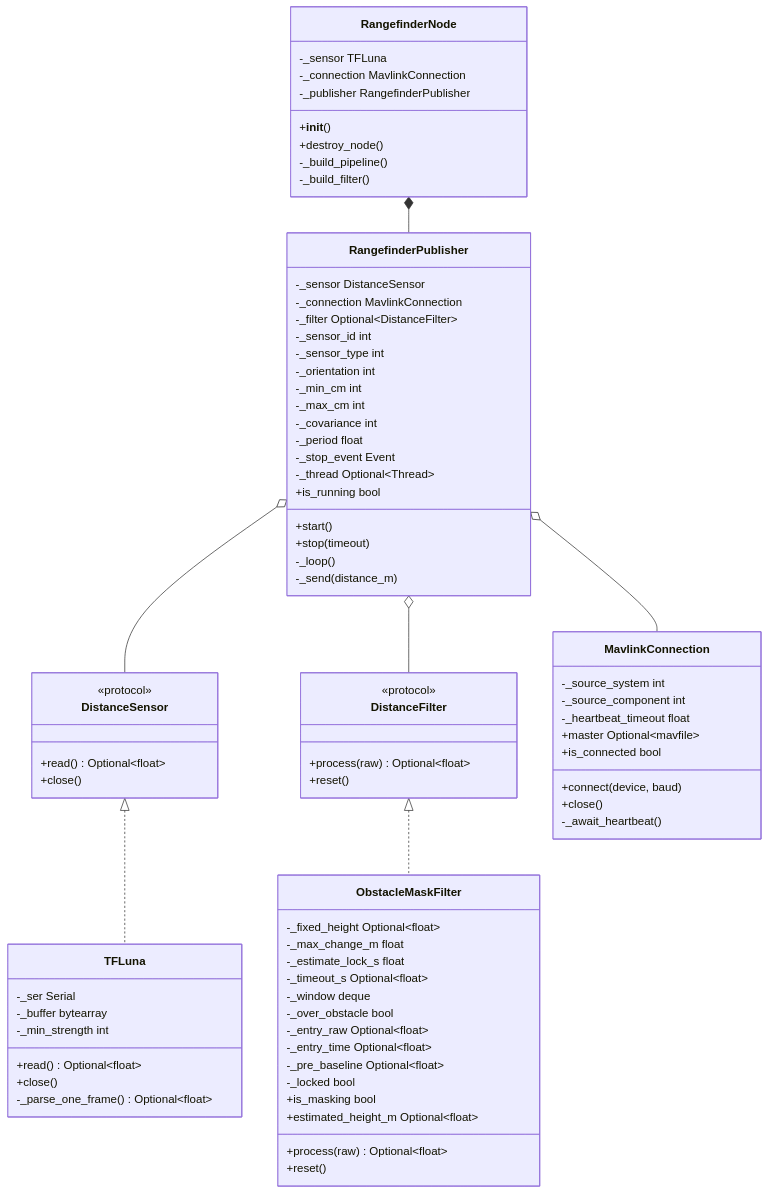
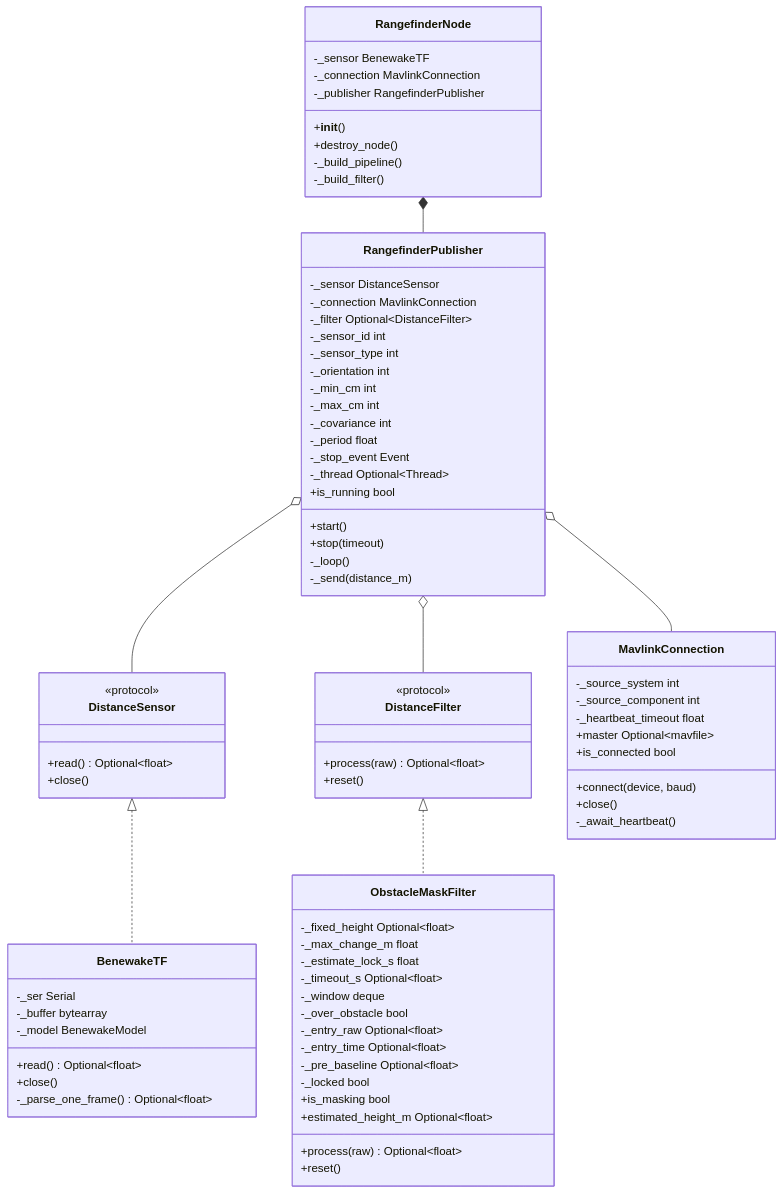
One commit to Black-Bee-Drones/nectar-sdk changed the first of 3 diagrams in i18n/pt/modules/sensors.md. Above: the diagram before and after it, drawn with Mermaid. The commit also changed other lines of this file and 7 other files, not shown here.

Commit message:
docs: update TFLuna references to BenewakeTF; remove uncessary tests

```diff
--- a/i18n/pt/modules/sensors.md
+++ b/i18n/pt/modules/sensors.md
@@ -26,10 +26,10 @@
         +reset()
     }
 
-    class TFLuna {
+    class BenewakeTF {
         -_ser Serial
         -_buffer bytearray
-        -_min_strength int
+        -_model BenewakeModel
         +read() Optional~float~
         +close()
         -_parse_one_frame() Optional~float~
@@ -84,7 +84,7 @@
     }
 
     class RangefinderNode {
-        -_sensor TFLuna
+        -_sensor BenewakeTF
         -_connection MavlinkConnection
         -_publisher RangefinderPublisher
         +__init__()
@@ -93,7 +93,7 @@
         -_build_filter()
     }
 
-    DistanceSensor <|.. TFLuna
+    DistanceSensor <|.. BenewakeTF
     DistanceFilter <|.. ObstacleMaskFilter
     RangefinderPublisher o-- DistanceSensor
     RangefinderPublisher o-- DistanceFilter
```
